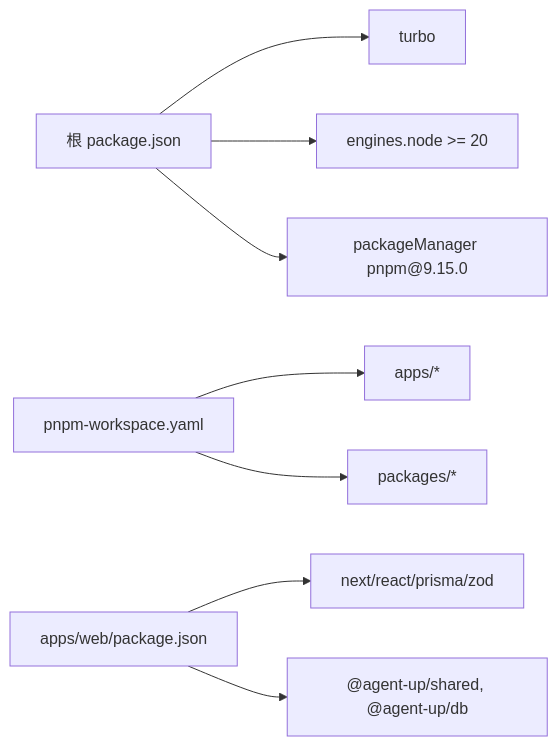
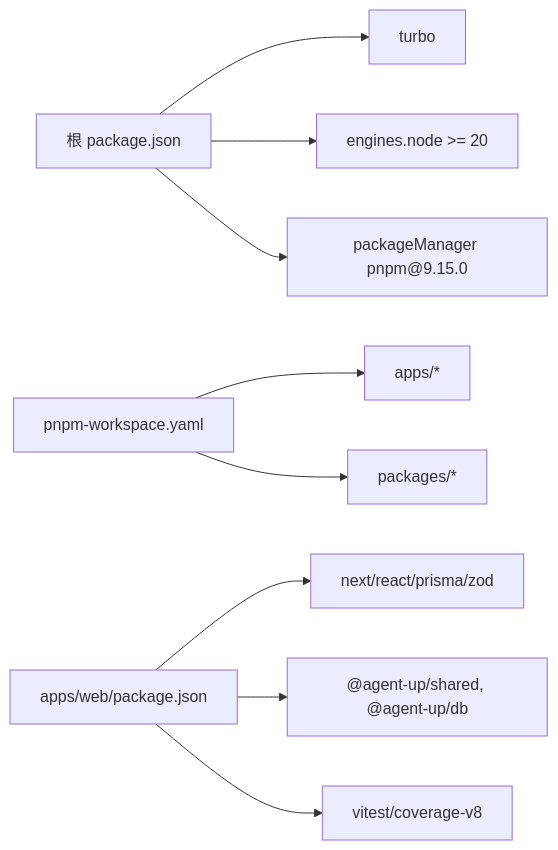
One commit to ai-guru-global/agent-up changed the seventh of 7 diagrams in .qoder/repowiki/zh/content/开发指南/开发指南.md. Above: the diagram before and after it, drawn with Mermaid. The commit also changed other lines of this file and 13 other files, not shown here.

````diff
--- a/.qoder/repowiki/zh/content/开发指南/开发指南.md
+++ b/.qoder/repowiki/zh/content/开发指南/开发指南.md
@@ -401,10 +477,11 @@
 ```mermaid
 graph LR
 root_pkg["根 package.json"] --> turbo_dep["turbo"]
 root_pkg --> node_eng["engines.node >= 20"]
 root_pkg --> pnpm_ver["packageManager pnpm@9.15.0"]
 ws["pnpm-workspace.yaml"] --> apps_web["apps/*"]
 ws --> packages_all["packages/*"]
 web_pkg["apps/web/package.json"] --> next_dep["next/react/prisma/zod"]
 web_pkg --> shared_deps["@agent-up/shared, @agent-up/db"]
+web_pkg --> test_deps["vitest/coverage-v8"]
 ```
````
